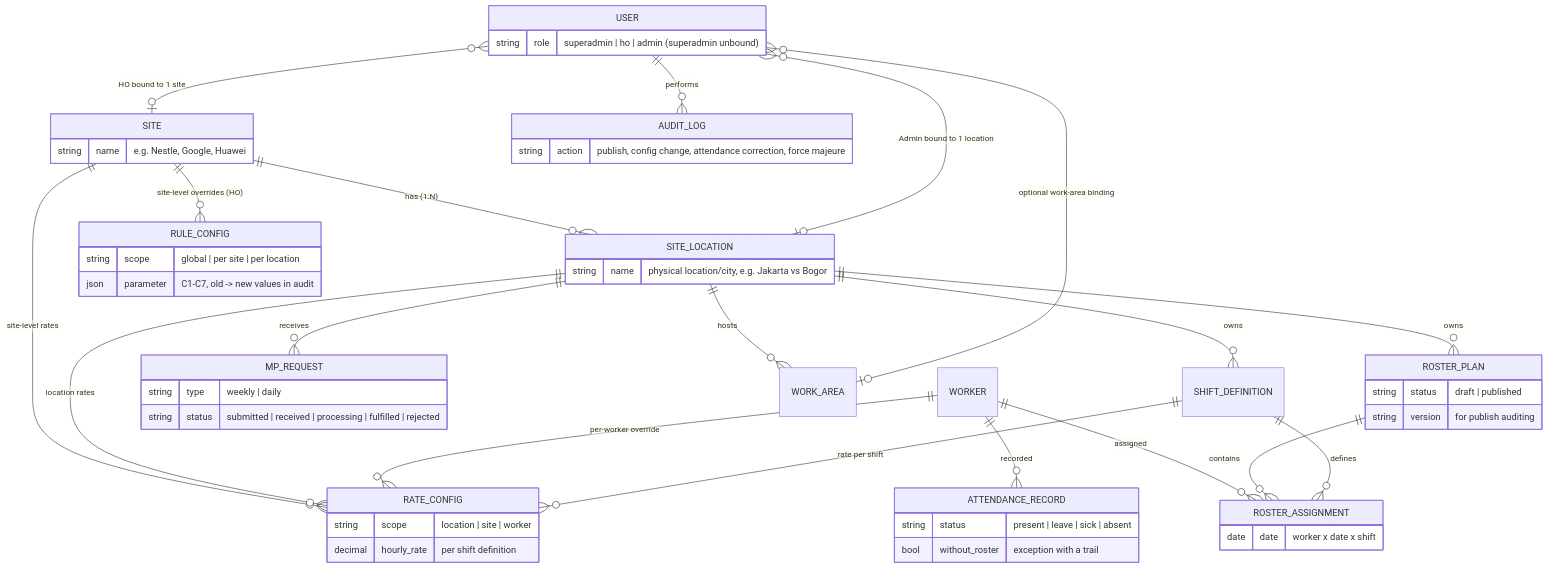
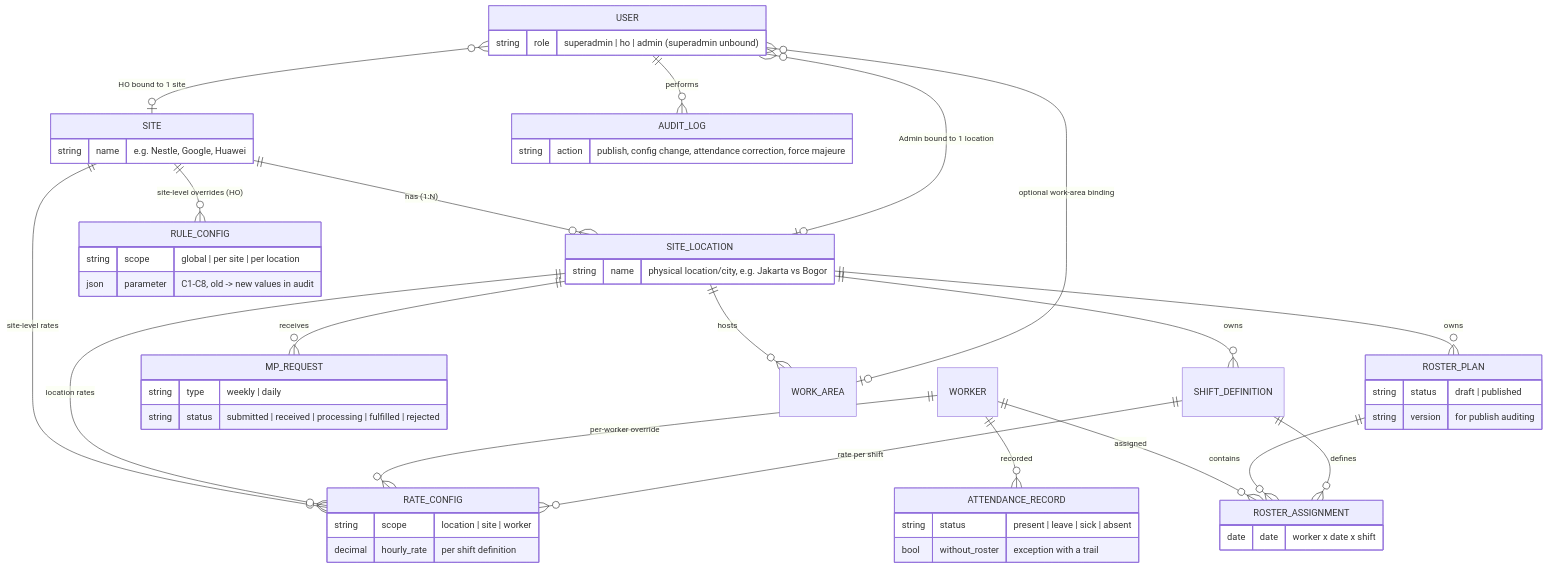
Before and after one commit to XOIntern/Shiftly: the fourth of 5 diagrams in docs/architecture.md, drawn with Mermaid. The commit also changed other lines of this file and 2 other files, not shown here.

````diff
--- a/docs/architecture.md
+++ b/docs/architecture.md
@@ -196,57 +199,57 @@
 ```mermaid
 erDiagram
     SITE ||--o{ SITE_LOCATION : "has (1:N)"
     SITE_LOCATION ||--o{ SHIFT_DEFINITION : "owns"
     SITE_LOCATION ||--o{ ROSTER_PLAN : "owns"
     SITE_LOCATION ||--o{ MP_REQUEST : "receives"
     SITE ||--o{ RULE_CONFIG : "site-level overrides (HO)"
     SITE ||--o{ RATE_CONFIG : "site-level rates"
     SITE_LOCATION ||--o{ RATE_CONFIG : "location rates"
     SITE_LOCATION ||--o{ WORK_AREA : "hosts"
     WORKER ||--o{ ROSTER_ASSIGNMENT : "assigned"
     WORKER ||--o{ ATTENDANCE_RECORD : "recorded"
     WORKER ||--o{ RATE_CONFIG : "per-worker override"
     ROSTER_PLAN ||--o{ ROSTER_ASSIGNMENT : "contains"
     SHIFT_DEFINITION ||--o{ ROSTER_ASSIGNMENT : "defines"
     SHIFT_DEFINITION ||--o{ RATE_CONFIG : "rate per shift"
     USER }o--o| SITE : "HO bound to 1 site"
     USER }o--o| SITE_LOCATION : "Admin bound to 1 location"
     USER }o--o| WORK_AREA : "optional work-area binding"
     USER ||--o{ AUDIT_LOG : "performs"
 
     SITE {
         string name "e.g. Nestle, Google, Huawei"
     }
     SITE_LOCATION {
         string name "physical location/city, e.g. Jakarta vs Bogor"
     }
     USER {
         string role "superadmin | ho | admin (superadmin unbound)"
     }
     MP_REQUEST {
         string type "weekly | daily"
         string status "submitted | received | processing | fulfilled | rejected"
     }
     ROSTER_PLAN {
         string status "draft | published"
         string version "for publish auditing"
     }
     ROSTER_ASSIGNMENT {
         date date "worker x date x shift"
     }
     ATTENDANCE_RECORD {
         string status "present | leave | sick | absent"
         bool without_roster "exception with a trail"
     }
     RULE_CONFIG {
         string scope "global | per site | per location"
-        json parameter "C1-C7, old -> new values in audit"
+        json parameter "C1-C8, old -> new values in audit"
     }
     RATE_CONFIG {
         string scope "location | site | worker"
         decimal hourly_rate "per shift definition"
     }
     AUDIT_LOG {
         string action "publish, config change, attendance correction, force majeure"
     }
 ```
````
